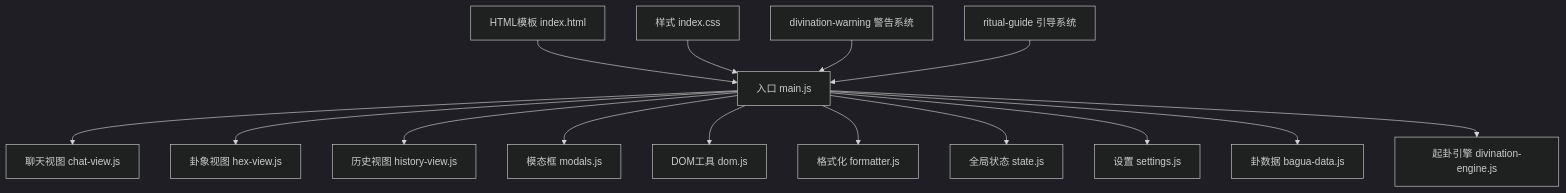
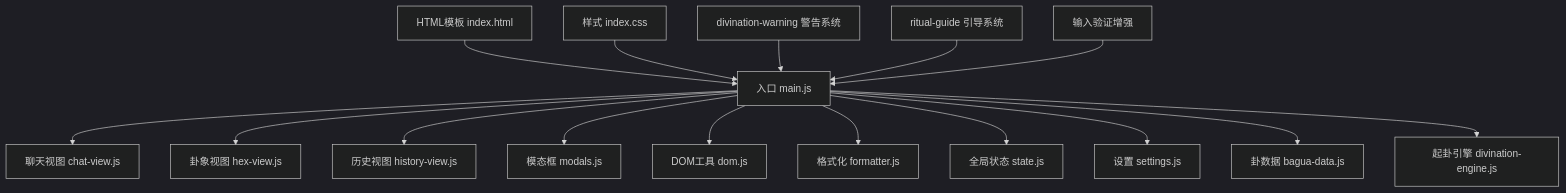
One commit to ghg618-ui/meihuayili-3.8 changed the first of 9 diagrams in .qoder/repowiki/zh/content/用户界面/用户界面.md. Above: the diagram before and after it, drawn with Mermaid (dark theme). The commit also changed other lines of this file and 4 other files, not shown here.

````diff
--- a/.qoder/repowiki/zh/content/用户界面/用户界面.md
+++ b/.qoder/repowiki/zh/content/用户界面/用户界面.md
@@ -40,17 +40,18 @@
 ```mermaid
 graph TB
 A["入口 main.js"] --> B["聊天视图 chat-view.js"]
 A --> C["卦象视图 hex-view.js"]
 A --> D["历史视图 history-view.js"]
 A --> E["模态框 modals.js"]
 A --> F["DOM工具 dom.js"]
 A --> G["格式化 formatter.js"]
 A --> H["全局状态 state.js"]
 A --> I["设置 settings.js"]
 A --> J["卦数据 bagua-data.js"]
 A --> K["起卦引擎 divination-engine.js"]
 L["HTML模板 index.html"] --> A
 M["样式 index.css"] --> A
 N["divination-warning 警告系统"] --> A
 O["ritual-guide 引导系统"] --> A
+P["输入验证增强"] --> A
 ```
````
